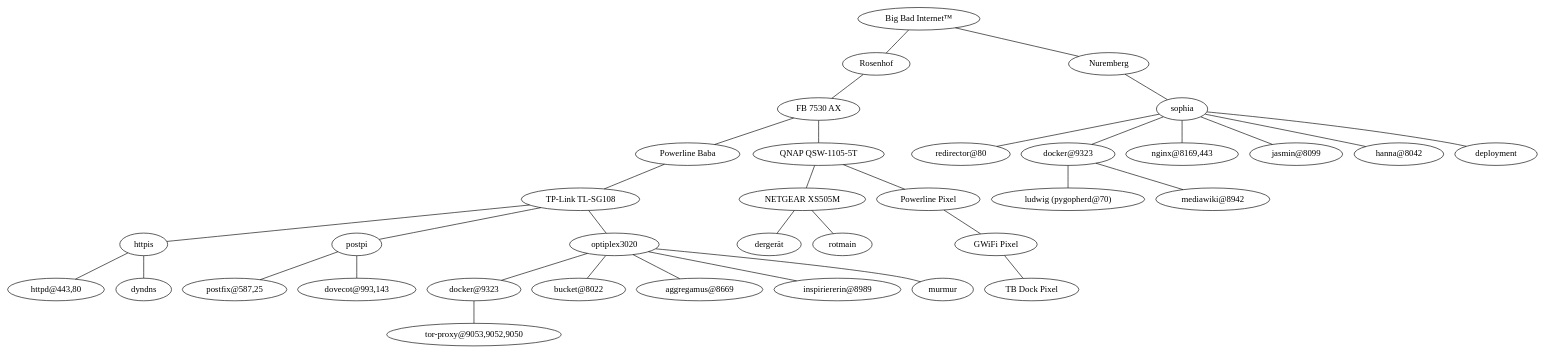
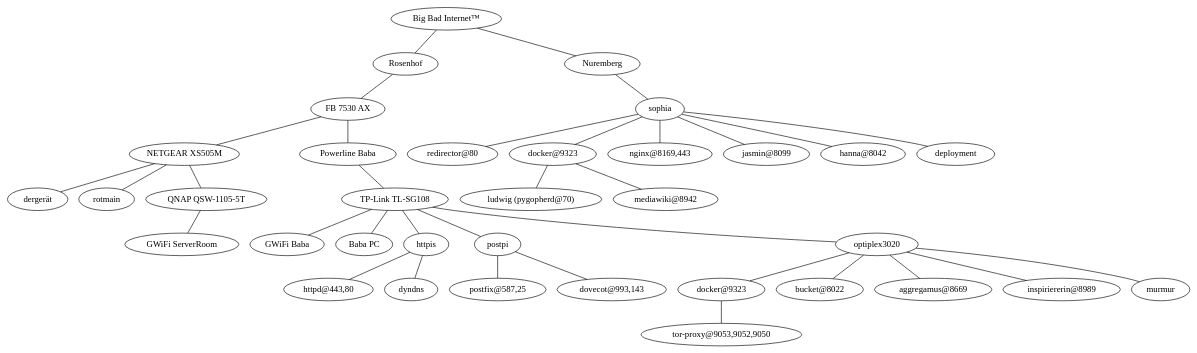
Before and after one commit to chrissxMedia/chrissx.de.conf.sh: the diagram in infra.dot, drawn with Graphviz. The commit also changed 2 other files, not shown here.

Commit message:
adjust the infra graph to better reflect reality and include a few more details

```diff
--- a/infra.dot
+++ b/infra.dot
@@ -1,45 +1,46 @@
 graph {
+  node [fontname = "Unifont"]
+
   "Big Bad Internet™" -- Rosenhof
 
   Rosenhof -- "FB 7530 AX"
+  "FB 7530 AX" -- "NETGEAR XS505M"
+  "NETGEAR XS505M" -- dergerät
+  "NETGEAR XS505M" -- "rotmain"
+  "NETGEAR XS505M" -- "QNAP QSW-1105-5T"
+  "QNAP QSW-1105-5T" -- "GWiFi ServerRoom"
   "FB 7530 AX" -- "Powerline Baba"
-  "FB 7530 AX" -- "QNAP QSW-1105-5T"
-  "QNAP QSW-1105-5T" -- "NETGEAR XS505M"
-  "NETGEAR XS505M" -- dergerät
-  "QNAP QSW-1105-5T" -- "Powerline Pixel"
-  "Powerline Pixel" -- "GWiFi Pixel"
-  "GWiFi Pixel" -- "TB Dock Pixel"
   "Powerline Baba" -- "TP-Link TL-SG108"
-
-  "NETGEAR XS505M" -- rotmain
+  "TP-Link TL-SG108" -- "GWiFi Baba"
+  "TP-Link TL-SG108" -- "Baba PC"
 
   "TP-Link TL-SG108" -- httpis
   httpis -- "httpd@443,80"
   httpis -- dyndns
 
   "TP-Link TL-SG108" -- postpi
   postpi -- "postfix@587,25"
   postpi -- "dovecot@993,143"
 
   "TP-Link TL-SG108" -- optiplex3020
   dockerop [label="docker@9323"]
   optiplex3020 -- dockerop
   dockerop -- "tor-proxy@9053,9052,9050"
   optiplex3020 -- "bucket@8022"
   optiplex3020 -- "aggregamus@8669"
   optiplex3020 -- "inspiriererin@8989"
   optiplex3020 -- murmur
 
   "Big Bad Internet™" -- Nuremberg
   Nuremberg -- sophia
   redirectorkek [label="redirector@80"]
   dockersophia [label="docker@9323"]
   sophia -- "nginx@8169,443"
   sophia -- dockersophia
   dockersophia -- "ludwig (pygopherd@70)"
   dockersophia -- "mediawiki@8942"
   sophia -- redirectorkek
   sophia -- "jasmin@8099"
   sophia -- "hanna@8042"
   sophia -- deployment
 }
```
